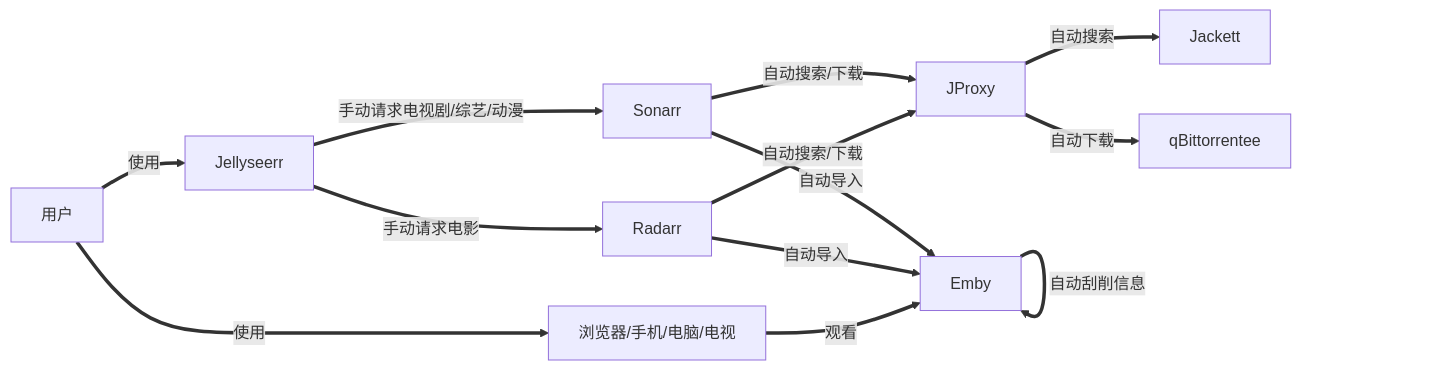
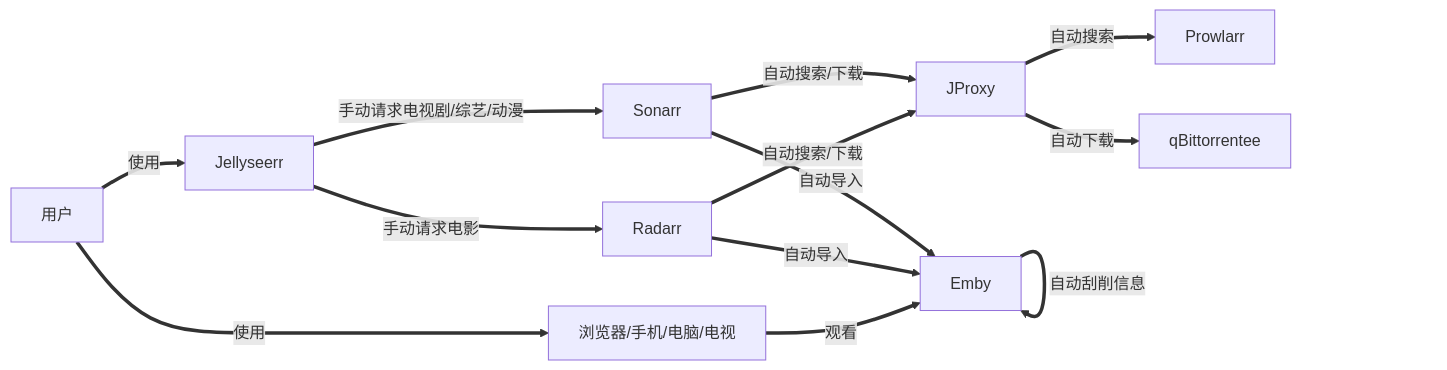
The first of 2 diagrams in README.md (LuckyPuppy514/automatic-theater), drawn with Mermaid before and after one commit. The commit also changed other lines of this file and 821 other files, not shown here.

Commit message:
容器版本更新；使用 Prowlarr 替换 Jackett

````diff
--- a/README.md
+++ b/README.md
@@ -29,11 +29,11 @@
 ```mermaid
 graph LR
-    1[Jellyseerr] == 手动请求电视剧/综艺/动漫 ==> 2[Sonarr] == 自动搜索/下载 ==> 3[JProxy] == 自动搜索 ==> 4[Jackett]
+    1[Jellyseerr] == 手动请求电视剧/综艺/动漫 ==> 2[Sonarr] == 自动搜索/下载 ==> 3[JProxy] == 自动搜索 ==> 4[Prowlarr]
     1[Jellyseerr] == 手动请求电影 ==> 6[Radarr] == 自动搜索/下载 ==> 3[JProxy]
     3[JProxy] == 自动下载 ==> 5[qBittorrentee]
     2[Sonarr] == 自动导入 ==> 7[Emby]
     6[Radarr] == 自动导入 ==> 7[Emby]
     7[Emby] == 自动刮削信息 ==> 7[Emby]
     11[用户] == 使用 ==> 8[浏览器/手机/电脑/电视] == 观看 ==> 7[Emby]
     11[用户] == 使用 ==> 1[Jellyseerr]
 ```
````
